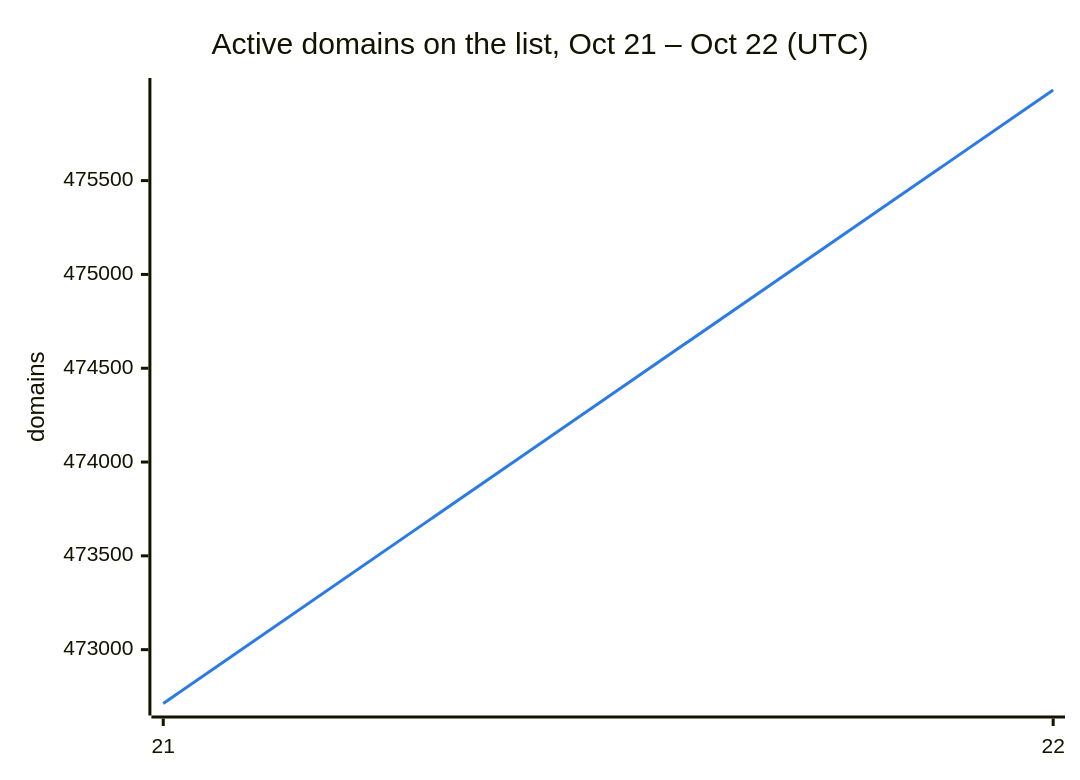
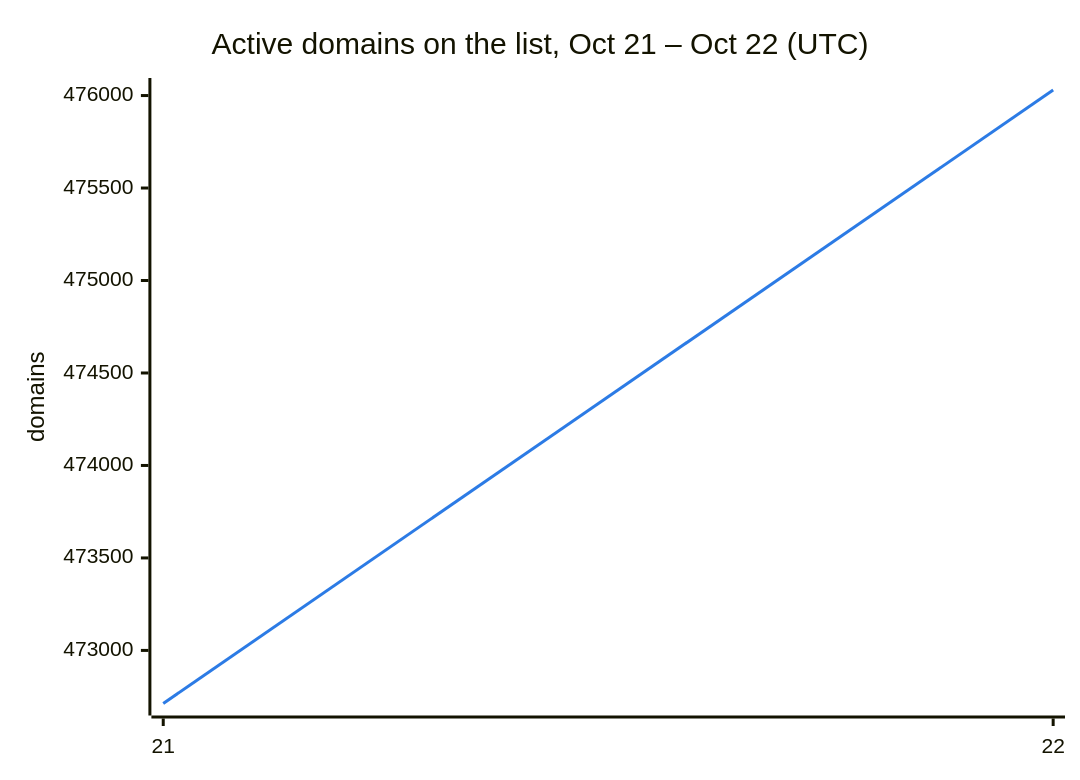
Before and after one commit to DNSBunker/CTI: the second of 3 diagrams in README.md, drawn with Mermaid. The commit also changed other lines of this file and 3 other files, not shown here.

````diff
--- a/README.md
+++ b/README.md
@@ -38,8 +38,8 @@
 ```mermaid
 %%{init: {"themeVariables": {"xyChart": {"plotColorPalette": "#2c7be5"}}}}%%
 xychart-beta
     title "Active domains on the list, Oct 21 – Oct 22 (UTC)"
     x-axis ["21", "22"]
     y-axis "domains"
-    line [472713, 475983]
+    line [472713, 476030]
 ```
````
